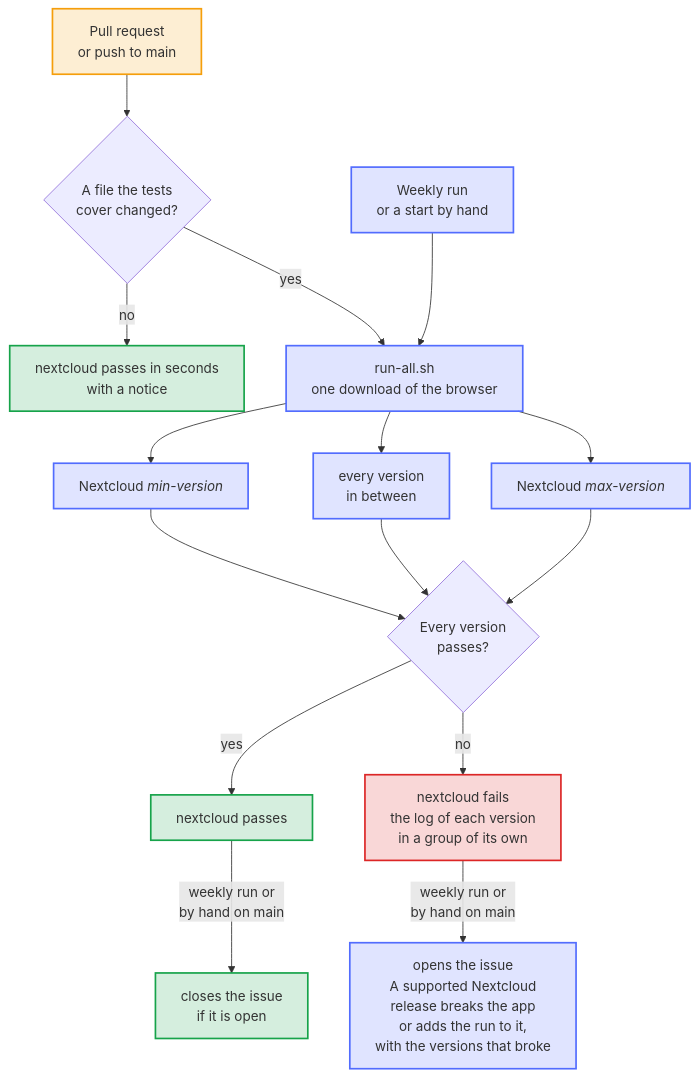
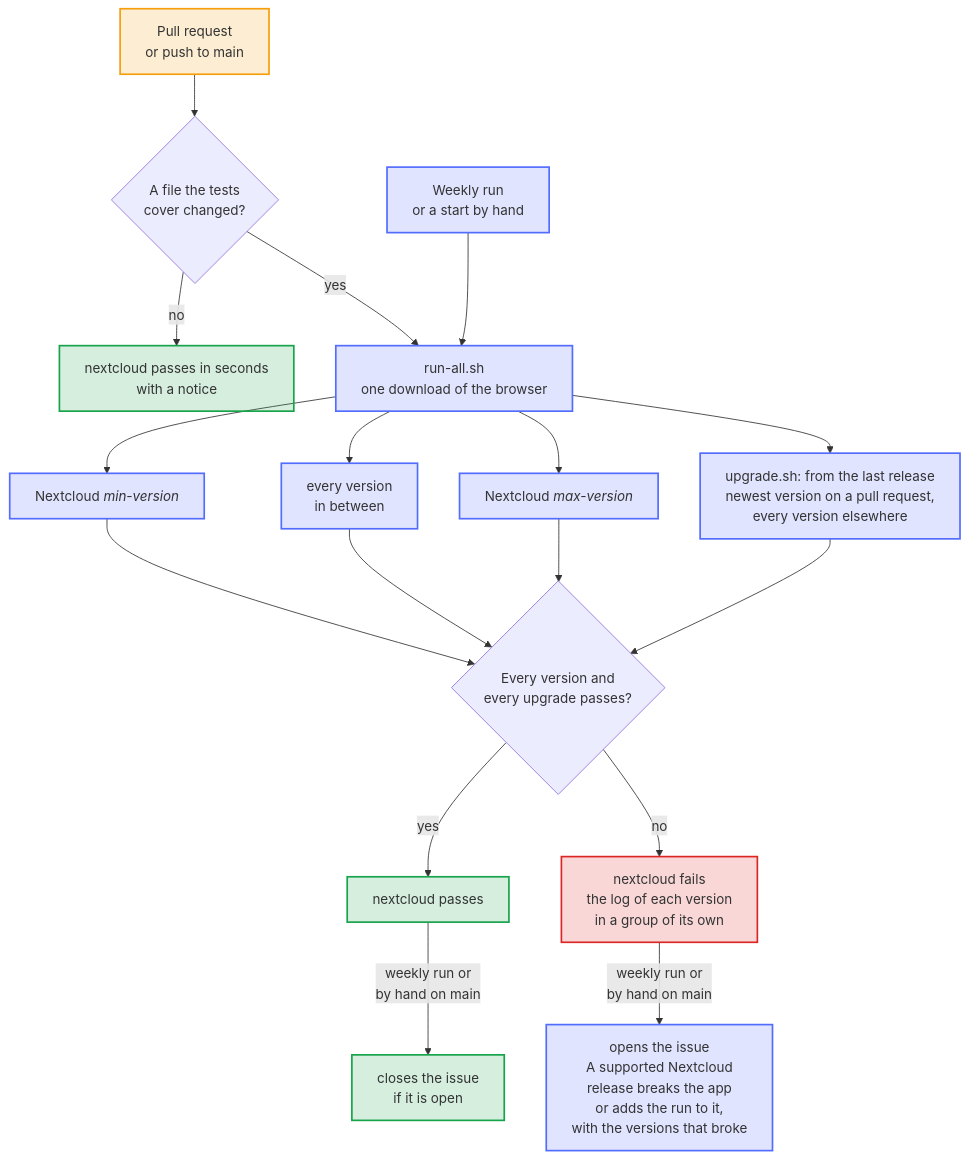
Before and after one commit to Dennis-Otto/paperless-unified-search: the diagram in docs/diagrams/the-required-check-nextcloud.mmd, drawn with Mermaid. The commit also changed 18 other files, not shown here.

First line of the commit message:
test(e2e): upgrade from the last release to the checkout and keep the settings, the token and the search (#246)

```diff
--- a/docs/diagrams/the-required-check-nextcloud.mmd
+++ b/docs/diagrams/the-required-check-nextcloud.mmd
@@ -1,41 +1,42 @@
 ---
 config:
   flowchart:
     wrappingWidth: 400
 ---
 flowchart TB
     accTitle: The required check nextcloud
-    accDescr: A pull request or a push to main that changes no file the end-to-end tests cover passes the check nextcloud in seconds, with a notice. Otherwise, and in the weekly run and a run started by hand, run-all.sh tests every Nextcloud version from min-version to max-version at the same time in one job, and the check passes only when every version passes; the log of each version is a group of its own. When the weekly run or a run started by hand on main fails, the job issue about the supported Nextcloud opens the issue A supported Nextcloud release breaks the app with the versions that broke, or adds the run to it; when such a run passes, it closes the issue. A pull request or a push never touches the issue.
+    accDescr: A pull request or a push to main that changes no file the end-to-end tests cover passes the check nextcloud in seconds, with a notice. Otherwise, and in the weekly run and a run started by hand, run-all.sh tests every Nextcloud version from min-version to max-version at the same time in one job, and beside them upgrade.sh upgrades the last release to the checkout, on the newest version in a pull request and on every version elsewhere; the check passes only when every version and every upgrade passes, and the log of each is a group of its own. When the weekly run or a run started by hand on main fails, the job issue about the supported Nextcloud opens the issue A supported Nextcloud release breaks the app with the versions that broke, or adds the run to it; when such a run passes, it closes the issue. A pull request or a push never touches the issue.
 
     change["Pull request<br>or push to main"]
     timed["Weekly run<br>or a start by hand"]
     scope{"A file the tests<br>cover changed?"}
     skipped["nextcloud passes in seconds<br>with a notice"]
     all["run-all.sh<br>one download of the browser"]
     low["`Nextcloud *min-version*`"]
     middle["every version<br>in between"]
     high["`Nextcloud *max-version*`"]
-    every{"Every version<br>passes?"}
+    upgrade["upgrade.sh: from the last release<br>newest version on a pull request,<br>every version elsewhere"]
+    every{"Every version and<br>every upgrade passes?"}
     passed["nextcloud passes"]
     failed["nextcloud fails<br>the log of each version<br>in a group of its own"]
     opened["opens the issue<br>A supported Nextcloud<br>release breaks the app<br>or adds the run to it,<br>with the versions that broke"]
     closed["closes the issue<br>if it is open"]
 
     change --> scope
     scope -- "no" --> skipped
     scope -- "yes" --> all
     timed --> all
-    all --> low & middle & high --> every
+    all --> low & middle & high & upgrade --> every
     every -- "yes" --> passed
     every -- "no" --> failed
     failed -- "weekly run or<br>by hand on main" --> opened
     passed -- "weekly run or<br>by hand on main" --> closed
 
     classDef person fill:#f59e0b2e,stroke:#f59e0b,stroke-width:2px
     classDef bot fill:#526cfe2e,stroke:#526cfe,stroke-width:2px
     classDef done fill:#16a34a2e,stroke:#16a34a,stroke-width:2px
     classDef fail fill:#dc26262e,stroke:#dc2626,stroke-width:2px
     class change person
-    class timed,all,low,middle,high,opened bot
+    class timed,all,low,middle,high,upgrade,opened bot
     class skipped,passed,closed done
     class failed fail
```
